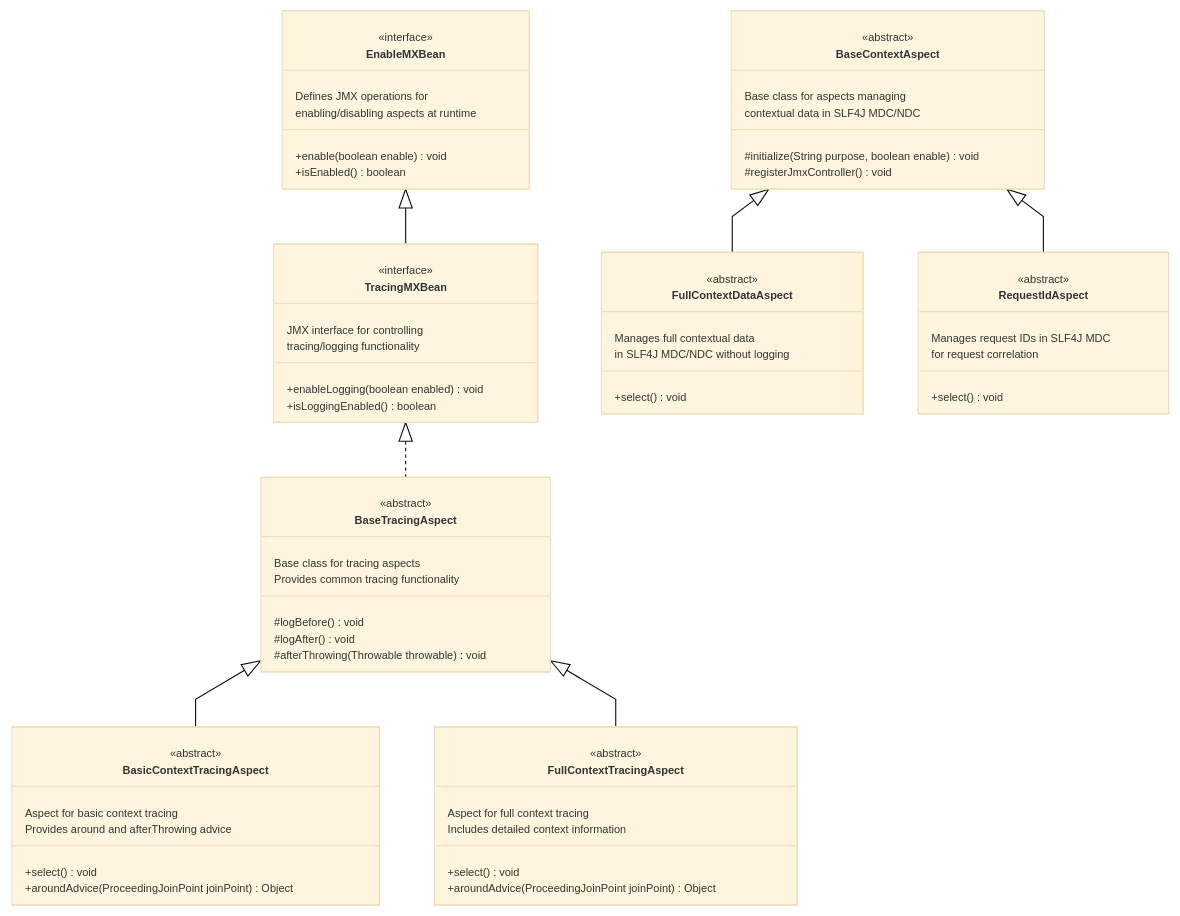
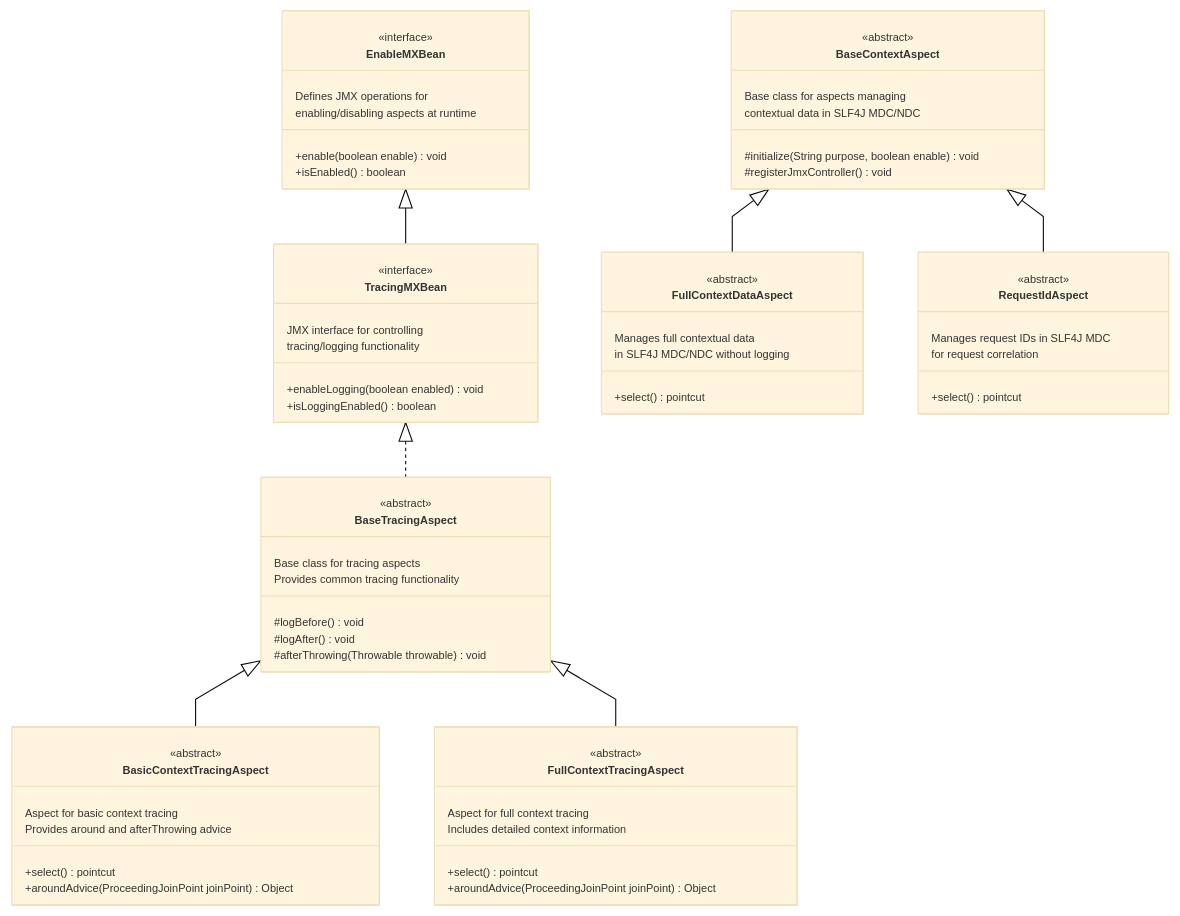
The second of 2 diagrams in docs/automon_class_diagrams.md (stevensouza/automon), drawn with Mermaid before and after one commit. The commit also changed other lines of this file, not shown here.

````diff
--- a/docs/automon_class_diagrams.md
+++ b/docs/automon_class_diagrams.md
@@ -95,73 +94,73 @@
 ```mermaid
 %%{init: {'theme': 'base', 'themeVariables': { 'fontSize': '10px'}, "flowchart": {"htmlLabels": true, "curve": "linear"}, "sequence": {"useMaxWidth":false}}}%%
 classDiagram
     EnableMXBean <|-- TracingMXBean
     TracingMXBean <|.. BaseTracingAspect
     BaseTracingAspect <|-- BasicContextTracingAspect
     BaseTracingAspect <|-- FullContextTracingAspect
     BaseContextAspect <|-- FullContextDataAspect
     BaseContextAspect <|-- RequestIdAspect
 
     class EnableMXBean {
         <<interface>>
         Defines JMX operations for
         enabling/disabling aspects at runtime
         +enable(boolean enable) void
         +isEnabled() boolean
     }
 
     class TracingMXBean {
         <<interface>>
         JMX interface for controlling
         tracing/logging functionality
         +enableLogging(boolean enabled) void
         +isLoggingEnabled() boolean
     }
 
     class BaseTracingAspect {
         <<abstract>>
         Base class for tracing aspects
         Provides common tracing functionality
         #logBefore() void
         #logAfter() void
         #afterThrowing(Throwable throwable) void
     }
 
     class BaseContextAspect {
         <<abstract>>
         Base class for aspects managing
         contextual data in SLF4J MDC/NDC
         #initialize(String purpose, boolean enable) void
         #registerJmxController() void
     }
 
     class BasicContextTracingAspect {
         <<abstract>>
         Aspect for basic context tracing
         Provides around and afterThrowing advice
-        +select() void
+        +select() pointcut
         +aroundAdvice(ProceedingJoinPoint joinPoint) Object
     }
 
     class FullContextTracingAspect {
         <<abstract>>
         Aspect for full context tracing
         Includes detailed context information
-        +select() void
+        +select() pointcut
         +aroundAdvice(ProceedingJoinPoint joinPoint) Object
     }
 
     class FullContextDataAspect {
         <<abstract>>
         Manages full contextual data
         in SLF4J MDC/NDC without logging
-        +select() void
+        +select() pointcut
     }
 
     class RequestIdAspect {
         <<abstract>>
         Manages request IDs in SLF4J MDC
         for request correlation
-        +select() void
+        +select() pointcut
     }
 ```
````
